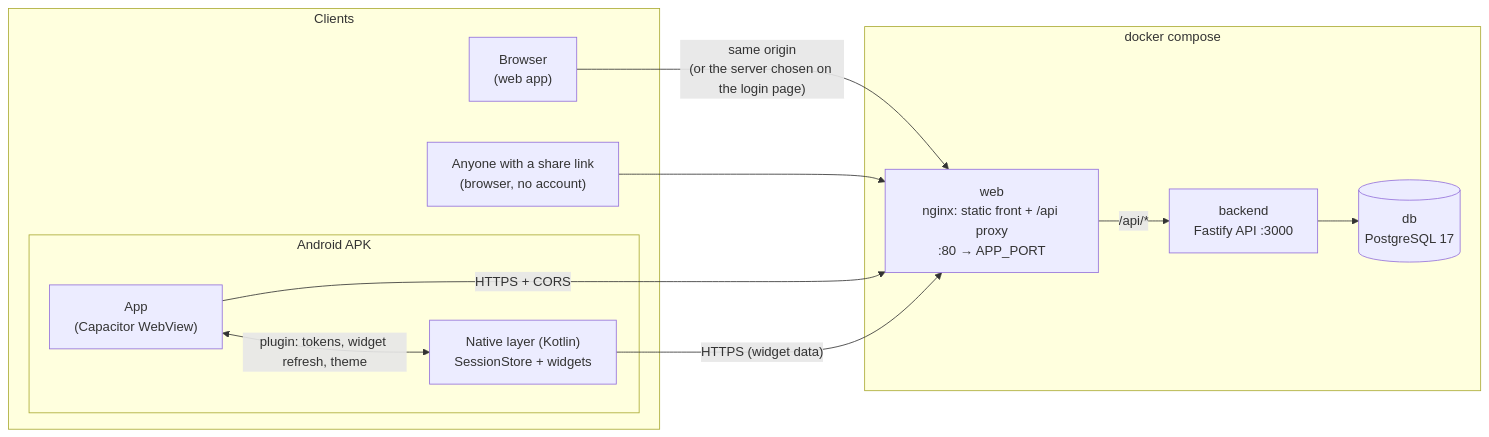
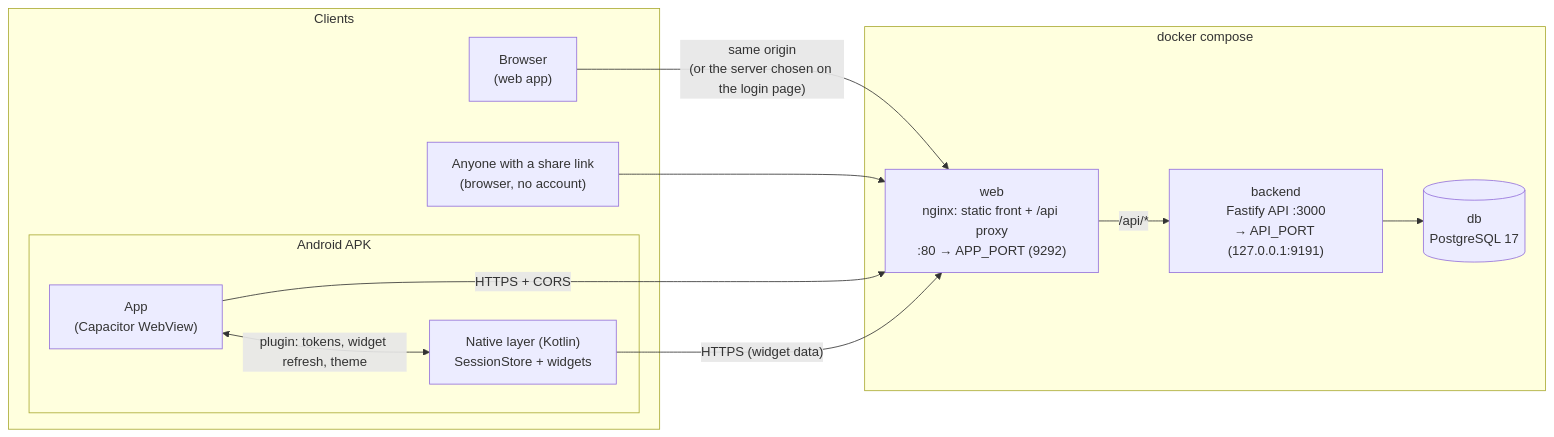
The first of 3 diagrams in docs/architecture.md (linklinsse/Self-Notes), drawn with Mermaid before and after one commit. The commit also changed other lines of this file and 17 other files, not shown here.

First line of the commit message:
feat: ports 9292/9191, closed sign-up hidden in the app, proxy docs

````diff
--- a/docs/architecture.md
+++ b/docs/architecture.md
@@ -5,25 +5,25 @@
 ```mermaid
 flowchart LR
     subgraph Clients
         B["Browser<br/>(web app)"]
         subgraph APK["Android APK"]
             A["App<br/>(Capacitor WebView)"]
             N["Native layer (Kotlin)<br/>SessionStore + widgets"]
         end
         P["Anyone with a share link<br/>(browser, no account)"]
     end
 
     subgraph DC["docker compose"]
-        W["web<br/>nginx: static front + /api proxy<br/>:80 → APP_PORT"]
-        API["backend<br/>Fastify API :3000"]
+        W["web<br/>nginx: static front + /api proxy<br/>:80 → APP_PORT (9292)"]
+        API["backend<br/>Fastify API :3000<br/>→ API_PORT (127.0.0.1:9191)"]
         DB[("db<br/>PostgreSQL 17")]
     end
 
     B -- "same origin<br/>(or the server chosen on the login page)" --> W
     P --> W
     A -- "HTTPS + CORS" --> W
     A <-- "plugin: tokens, widget refresh, theme" --> N
     N -- "HTTPS (widget data)" --> W
     W -- "/api/*" --> API
     API --> DB
 ```
````
